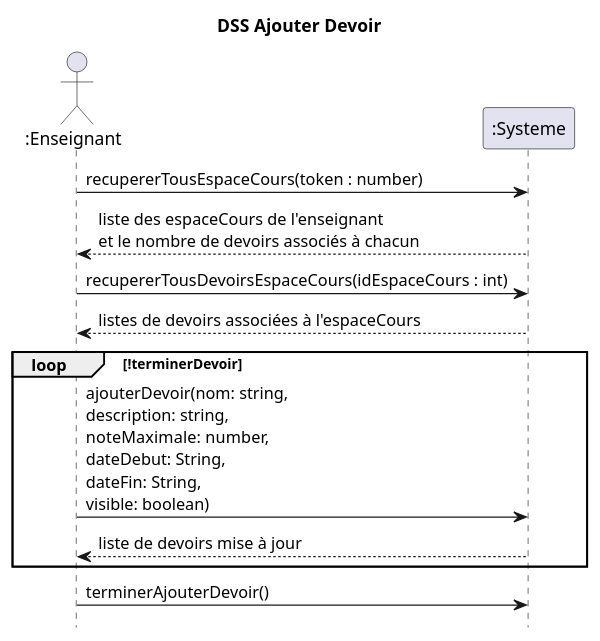
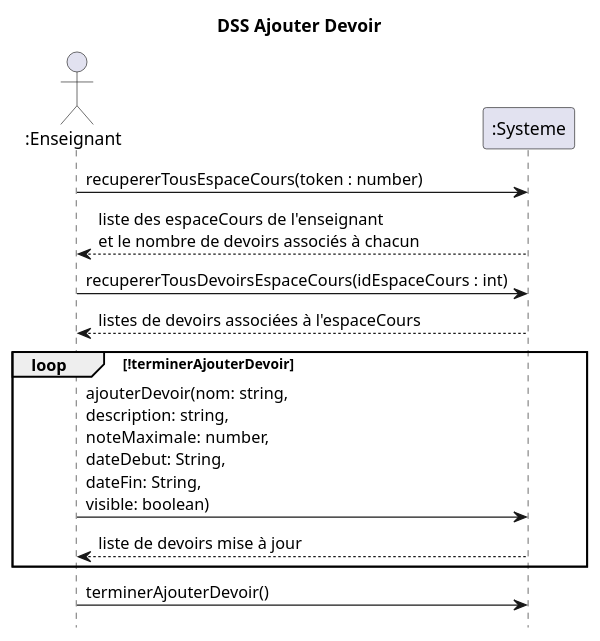
One commit to nerdz88/SGA-TS changed the diagram in docs/Ajouter devoir/DSS_Ajouter_Devoir.puml. Above: the diagram before and after it, drawn with PlantUML. The commit also changed 49 other files, not shown here.

```diff
--- a/docs/Ajouter devoir/DSS_Ajouter_Devoir.puml
+++ b/docs/Ajouter devoir/DSS_Ajouter_Devoir.puml
@@ -1,16 +1,16 @@
 @startuml DSS_Ajouter_Devoir
 title DSS Ajouter Devoir
 hide footbox
 actor ":Enseignant" as professeur
 participant ":Systeme" as systeme
 
 professeur ->  systeme : recupererTousEspaceCours(token : number)
 professeur <-- systeme : liste des espaceCours de l'enseignant\net le nombre de devoirs associés à chacun
 professeur -> systeme : recupererTousDevoirsEspaceCours(idEspaceCours : int)
 professeur <-- systeme : listes de devoirs associées à l'espaceCours
-loop !terminerDevoir
+loop !terminerAjouterDevoir
 professeur -> systeme : ajouterDevoir(nom: string, \ndescription: string, \nnoteMaximale: number, \ndateDebut: String, \ndateFin: String, \nvisible: boolean)
 systeme --> professeur : liste de devoirs mise à jour
 end
 professeur -> systeme : terminerAjouterDevoir()
 @enduml
```
